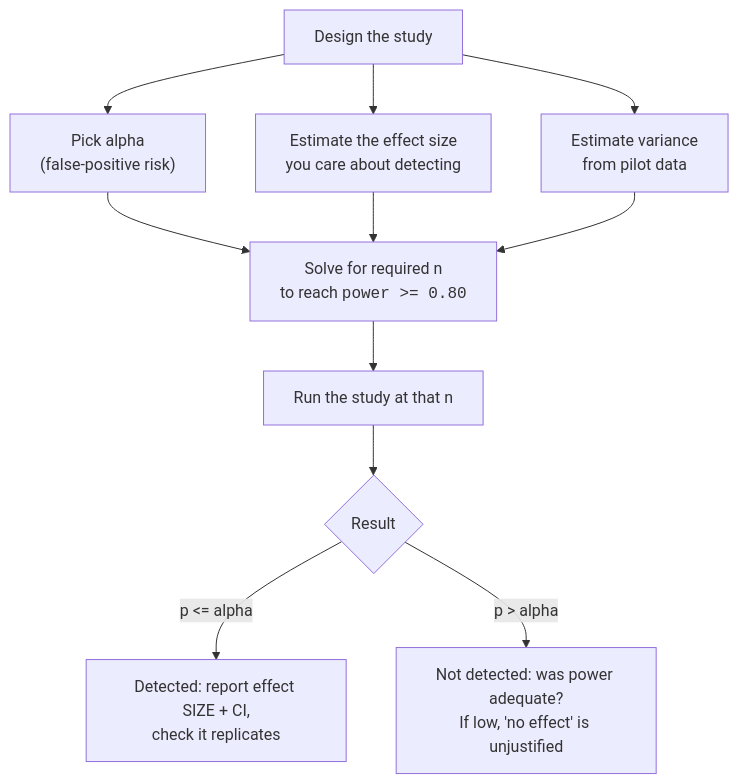
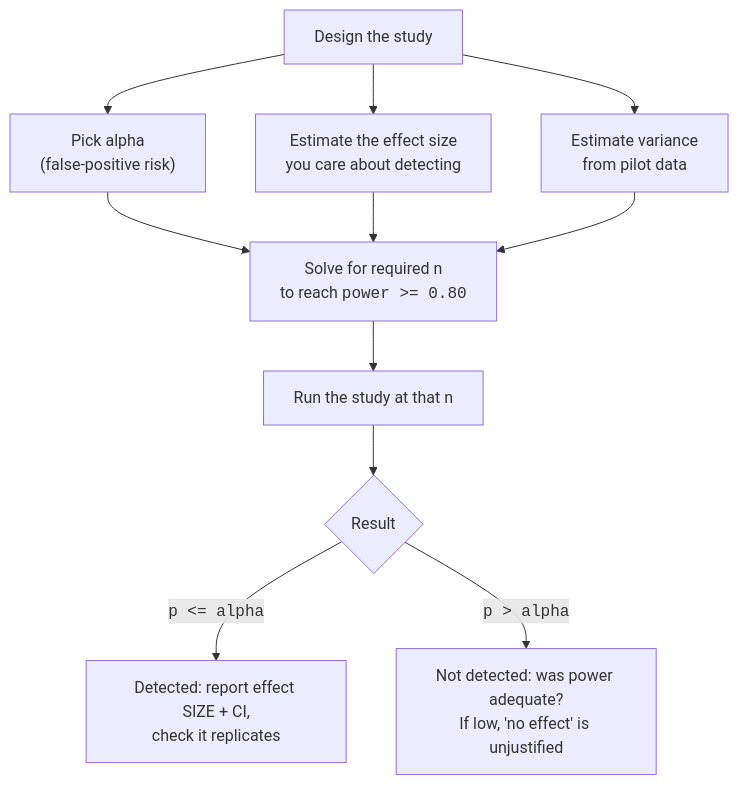
One commit to dataslope/dataslope changed the third of 3 diagrams in content/learn/statistics-for-data-science-python/errors-and-power.mdx. Above: the diagram before and after it, drawn with Mermaid. The commit also changed 46 other files, not shown here.

First line of the commit message:
Wrap code in mermaid edge labels + entity/table names in DB diagrams

````diff
--- a/content/learn/statistics-for-data-science-python/errors-and-power.mdx
+++ b/content/learn/statistics-for-data-science-python/errors-and-power.mdx
@@ -517,13 +517,13 @@
 ```mermaid
 flowchart TD
   A["Design the study"] --> B["Pick alpha<br/>(false-positive risk)"]
   A --> C["Estimate the effect size<br/>you care about detecting"]
   A --> D["Estimate variance<br/>from pilot data"]
   B --> E["Solve for required n<br/>to reach <code>power &gt;= 0.80</code>"]
   C --> E
   D --> E
   E --> F["Run the study at that n"]
   F --> G{"Result"}
-  G -->|"p <= alpha"| H["Detected: report effect SIZE + CI,<br/>check it replicates"]
-  G -->|"p > alpha"| I["Not detected: was power adequate?<br/>If low, 'no effect' is unjustified"]
+  G -->|"<code>p &lt;= alpha</code>"| H["Detected: report effect SIZE + CI,<br/>check it replicates"]
+  G -->|"<code>p &gt; alpha</code>"| I["Not detected: was power adequate?<br/>If low, 'no effect' is unjustified"]
 ```
````
